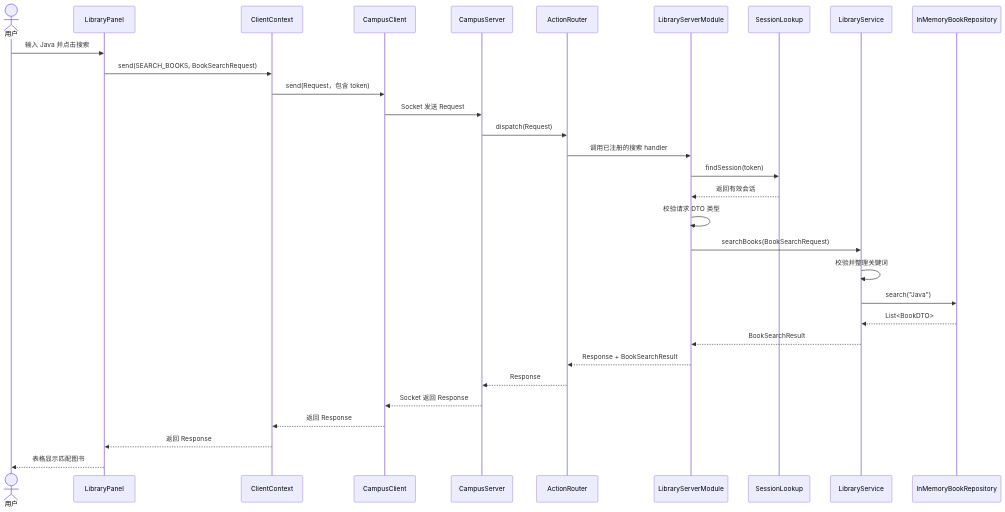
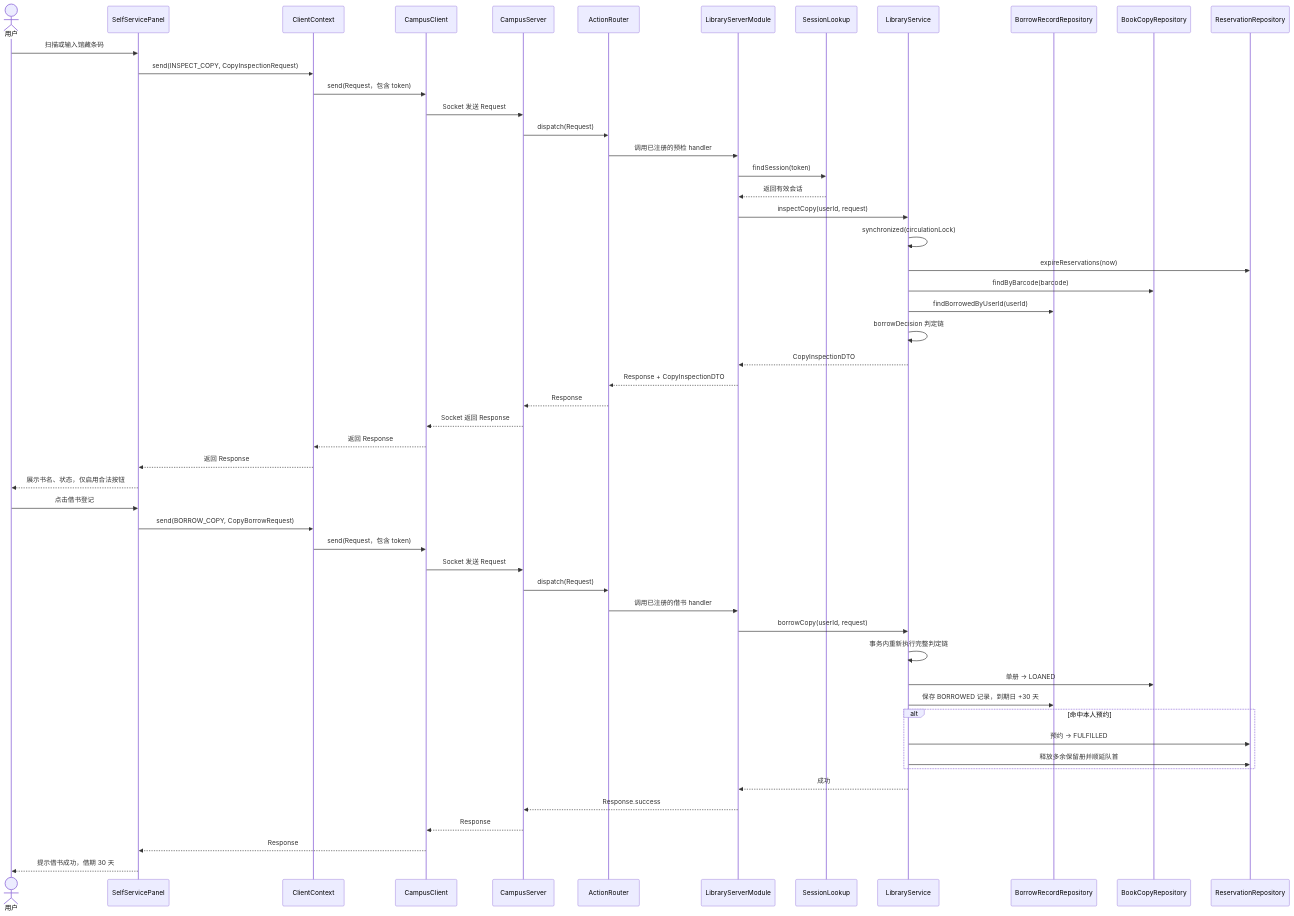
One commit to qlaxyy/JAVA-Campus-software changed the sixth of 7 diagrams in docs/modules/library-uml.md. Above: the diagram before and after it, drawn with Mermaid. The commit also changed other lines of this file and 4 other files, not shown here.

````diff
--- a/docs/modules/library-uml.md
+++ b/docs/modules/library-uml.md
@@ -350,35 +488,57 @@
 ```mermaid
-%%{init: {"themeVariables": {"fontSize": "20px"}}}%%
+%%{init: {"themeVariables": {"fontSize": "18px"}}}%%
 sequenceDiagram
     actor User as 用户
-    participant Panel as LibraryPanel
+    participant Panel as SelfServicePanel
     participant Context as ClientContext
     participant Client as CampusClient
     participant Server as CampusServer
     participant Router as ActionRouter
     participant Module as LibraryServerModule
     participant Sessions as SessionLookup
     participant Service as LibraryService
-    participant Repository as InMemoryBookRepository
+    participant Records as BorrowRecordRepository
+    participant Copies as BookCopyRepository
+    participant Reservations as ReservationRepository
 
-    User->>Panel: 输入 Java 并点击搜索
-    Panel->>Context: send(SEARCH_BOOKS, BookSearchRequest)
+    User->>Panel: 扫描或输入馆藏条码
+    Panel->>Context: send(INSPECT_COPY, CopyInspectionRequest)
     Context->>Client: send(Request，包含 token)
     Client->>Server: Socket 发送 Request
     Server->>Router: dispatch(Request)
-    Router->>Module: 调用已注册的搜索 handler
+    Router->>Module: 调用已注册的预检 handler
     Module->>Sessions: findSession(token)
     Sessions-->>Module: 返回有效会话
-    Module->>Module: 校验请求 DTO 类型
-    Module->>Service: searchBooks(BookSearchRequest)
-    Service->>Service: 校验并整理关键词
-    Service->>Repository: search("Java")
-    Repository-->>Service: List<BookDTO>
-    Service-->>Module: BookSearchResult
-    Module-->>Router: Response + BookSearchResult
+    Module->>Service: inspectCopy(userId, request)
+    Service->>Service: synchronized(circulationLock)
+    Service->>Reservations: expireReservations(now)
+    Service->>Copies: findByBarcode(barcode)
+    Service->>Records: findBorrowedByUserId(userId)
+    Service->>Service: borrowDecision 判定链
+    Service-->>Module: CopyInspectionDTO
+    Module-->>Router: Response + CopyInspectionDTO
     Router-->>Server: Response
     Server-->>Client: Socket 返回 Response
     Client-->>Context: 返回 Response
     Context-->>Panel: 返回 Response
-    Panel-->>User: 表格显示匹配图书
+    Panel-->>User: 展示书名、状态，仅启用合法按钮
+    User->>Panel: 点击借书登记
+    Panel->>Context: send(BORROW_COPY, CopyBorrowRequest)
+    Context->>Client: send(Request，包含 token)
+    Client->>Server: Socket 发送 Request
+    Server->>Router: dispatch(Request)
+    Router->>Module: 调用已注册的借书 handler
+    Module->>Service: borrowCopy(userId, request)
+    Service->>Service: 事务内重新执行完整判定链
+    Service->>Copies: 单册 -> LOANED
+    Service->>Records: 保存 BORROWED 记录，到期日 +30 天
+    alt 命中本人预约
+        Service->>Reservations: 预约 -> FULFILLED
+        Service->>Reservations: 释放多余保留册并顺延队首
+    end
+    Service-->>Module: 成功
+    Module-->>Server: Response.success
+    Server-->>Client: Response
+    Client-->>Panel: Response
+    Panel-->>User: 提示借书成功，借期 30 天
 ```
````
